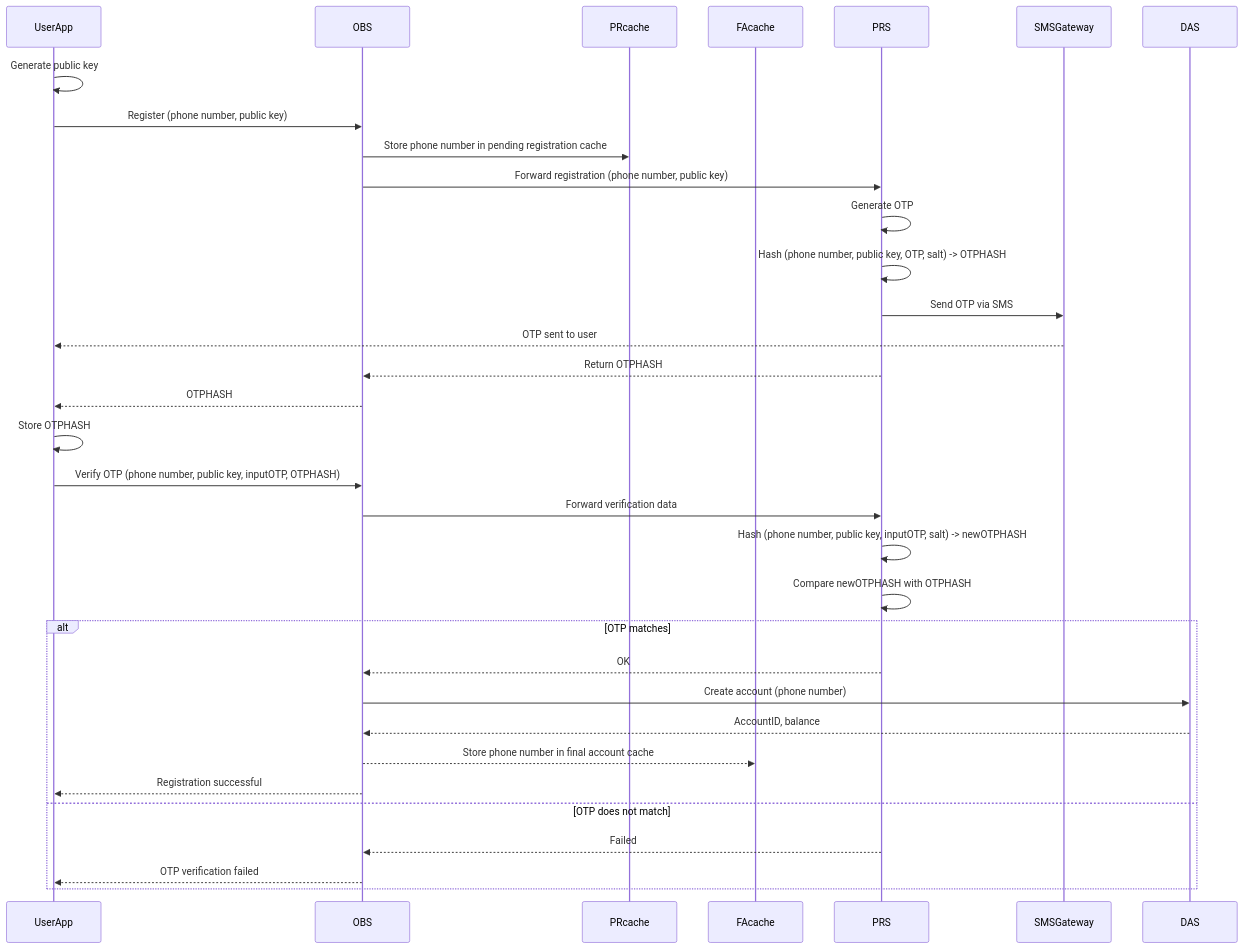
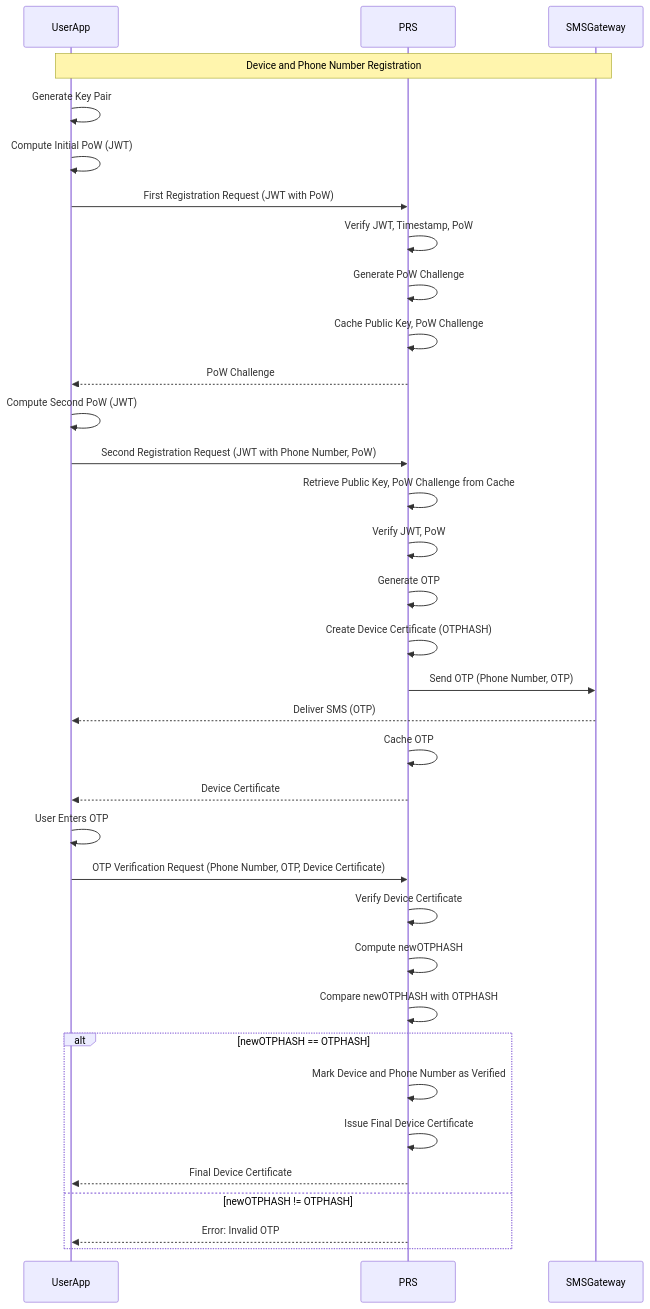
The first of 4 diagrams in docs/PRS_Architecture.md (ADORSYS-GIS/webank-pending-registration-service), drawn with Mermaid before and after one commit. The commit also changed other lines of this file, not shown here.

````diff
--- a/docs/PRS_Architecture.md
+++ b/docs/PRS_Architecture.md
@@ -96,37 +170,40 @@
 ```mermaid
 sequenceDiagram
     participant UserApp
-    participant OBS
-    participant PRcache
-    participant FAcache
     participant PRS
     participant SMSGateway
-    participant DAS
 
-    UserApp->>UserApp: Generate public key
-    UserApp->>OBS: Register (phone number, public key)
-    OBS->>PRcache: Store phone number in pending registration cache
-    OBS->>PRS: Forward registration (phone number, public key)
+    Note over UserApp, SMSGateway: Device and Phone Number Registration
+
+    UserApp->>UserApp: Generate Key Pair
+    UserApp->>UserApp: Compute Initial PoW (JWT)
+    UserApp->>PRS: First Registration Request (JWT with PoW)
+    PRS->>PRS: Verify JWT, Timestamp, PoW
+    PRS->>PRS: Generate PoW Challenge
+    PRS->>PRS: Cache Public Key, PoW Challenge
+    PRS-->>UserApp: PoW Challenge
+
+    UserApp->>UserApp: Compute Second PoW (JWT)
+    UserApp->>PRS: Second Registration Request (JWT with Phone Number, PoW)
+    PRS->>PRS: Retrieve Public Key, PoW Challenge from Cache
+    PRS->>PRS: Verify JWT, PoW
     PRS->>PRS: Generate OTP
-    PRS->>PRS: Hash (phone number, public key, OTP, salt) -> OTPHASH
-    PRS->>SMSGateway: Send OTP via SMS
-    SMSGateway-->>UserApp: OTP sent to user
-    PRS-->>OBS: Return OTPHASH
-    OBS-->>UserApp: OTPHASH
+    PRS->>PRS: Create Device Certificate (OTPHASH)
+    PRS->>SMSGateway: Send OTP (Phone Number, OTP)
+    SMSGateway-->>UserApp: Deliver SMS (OTP)
+    PRS->>PRS: Cache OTP
+    PRS-->>UserApp: Device Certificate
 
-    UserApp->>UserApp: Store OTPHASH
-    UserApp->>OBS: Verify OTP (phone number, public key, inputOTP, OTPHASH)
-    OBS->>PRS: Forward verification data
-    PRS->>PRS: Hash (phone number, public key, inputOTP, salt) -> newOTPHASH
+    UserApp->>UserApp: User Enters OTP
+    UserApp->>PRS: OTP Verification Request (Phone Number, OTP, Device Certificate)
+    PRS->>PRS: Verify Device Certificate
+    PRS->>PRS: Compute newOTPHASH
     PRS->>PRS: Compare newOTPHASH with OTPHASH
-    alt OTP matches
-        PRS-->>OBS: OK
-        OBS->>DAS: Create account (phone number)
-        DAS-->>OBS: AccountID, balance
-        OBS-->>FAcache: Store phone number in final account cache
-        OBS-->>UserApp: Registration successful
-    else OTP does not match
-        PRS-->>OBS: Failed
-        OBS-->>UserApp: OTP verification failed
+    alt newOTPHASH == OTPHASH
+        PRS->>PRS: Mark Device and Phone Number as Verified
+        PRS->>PRS: Issue Final Device Certificate
+        PRS-->>UserApp: Final Device Certificate
+    else newOTPHASH != OTPHASH
+        PRS-->>UserApp: Error: Invalid OTP
     end
 ```
````
